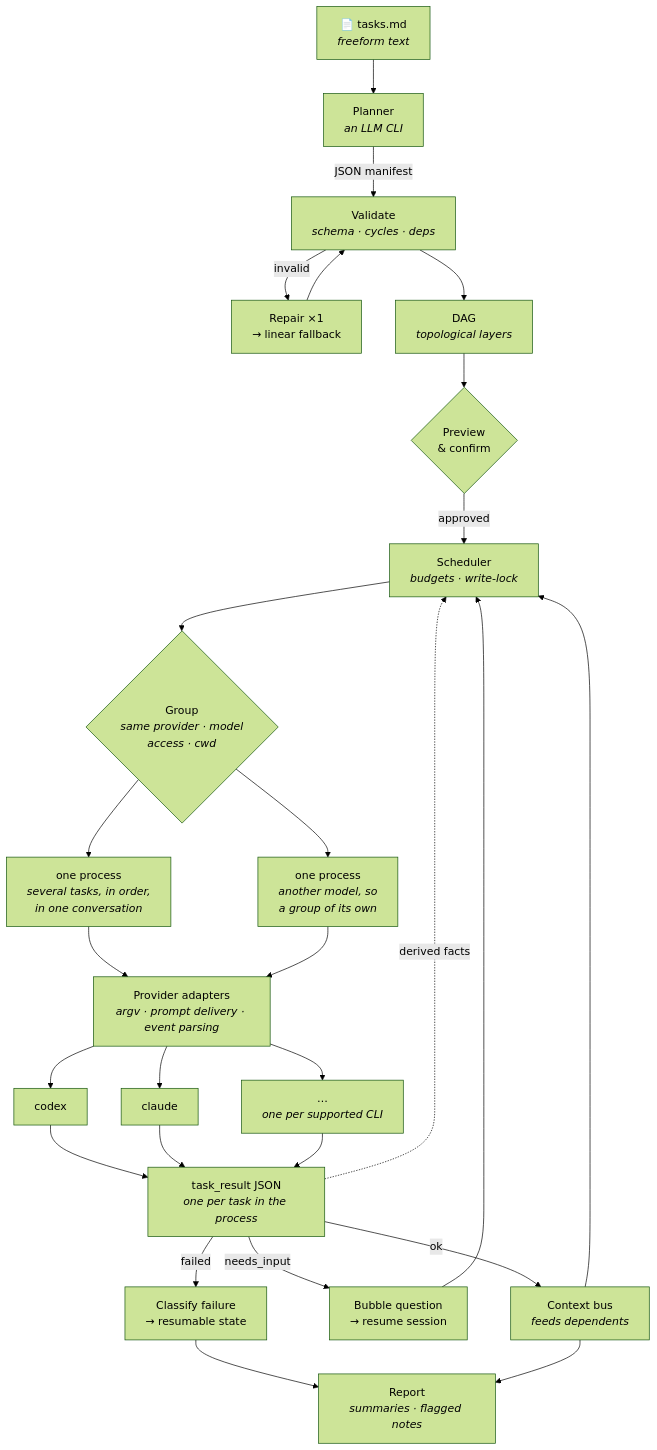
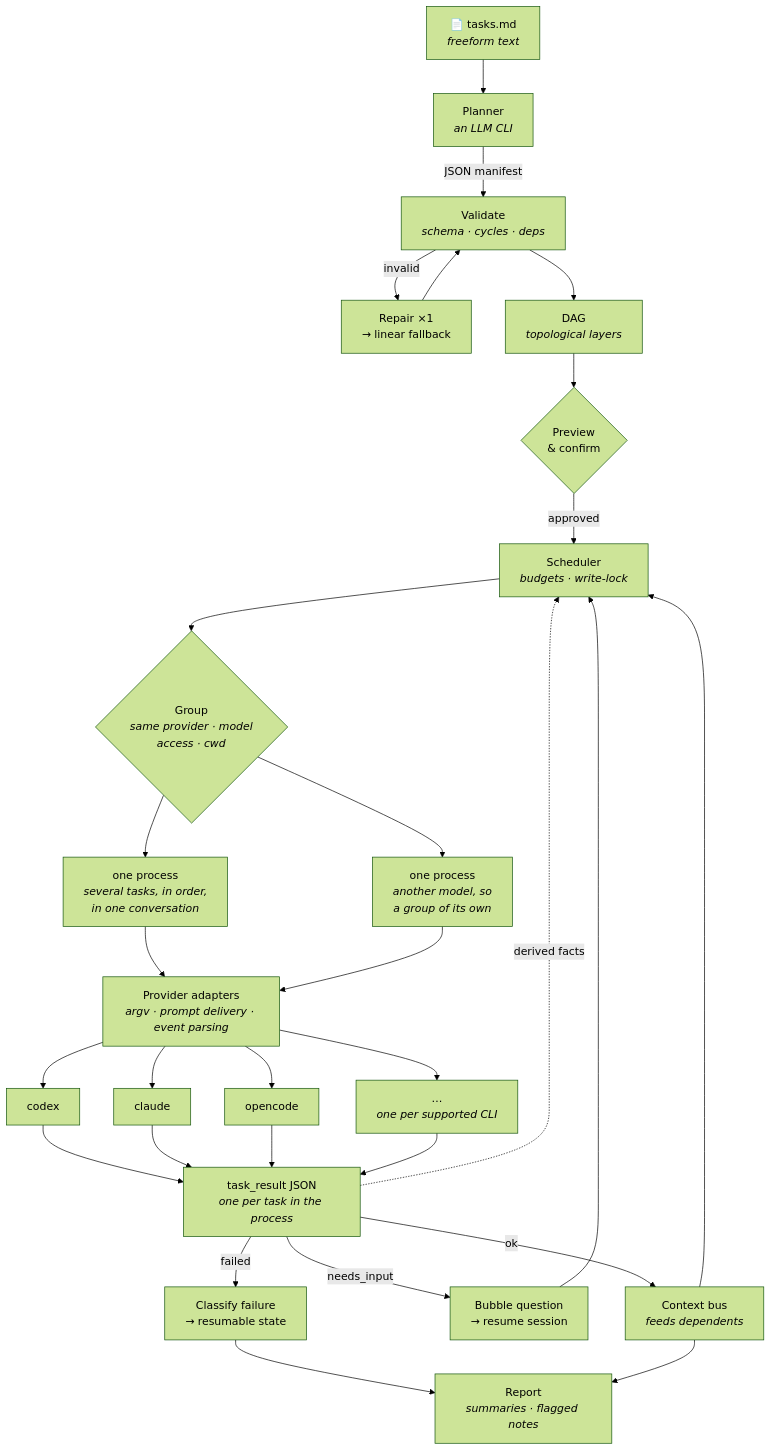
The diagram in README.md (juliomatcom/baya-cli), drawn with Mermaid (forest theme) before and after one commit.

Commit message:
docs(readme): keep opencode in the diagram's provider fan
Trimming it out with copilot lost the only open-source CLI on show. The fan is
now codex, claude, opencode and a generic node — one from each category rather
than the two most-verified, and still a fixed size as more providers land.

````diff
--- a/README.md
+++ b/README.md
@@ -136,36 +136,38 @@
 ```mermaid
 flowchart TB
     MD["📄 tasks.md<br/><i>freeform text</i>"] --> P["Planner<br/><i>an LLM CLI</i>"]
     P -->|JSON manifest| V["Validate<br/><i>schema · cycles · deps</i>"]
     V -->|invalid| R["Repair ×1<br/>→ linear fallback"]
     R --> V
     V --> G["DAG<br/><i>topological layers</i>"]
     G --> GATE{"Preview<br/>& confirm"}
     GATE -->|approved| S["Scheduler<br/><i>budgets · write-lock</i>"]
 
     S --> GRP{"Group<br/><i>same provider · model<br/>access · cwd</i>"}
 
     GRP --> P1["one process<br/><i>several tasks, in order,<br/>in one conversation</i>"]
     GRP --> P2["one process<br/><i>another model, so<br/>a group of its own</i>"]
 
     P1 --> AD["Provider adapters<br/><i>argv · prompt delivery · event parsing</i>"]
     P2 --> AD
 
     AD --> C1["codex"]
     AD --> C2["claude"]
+    AD --> C3["opencode"]
     AD --> CN["…<br/><i>one per supported CLI</i>"]
 
     C1 --> RES["task_result JSON<br/><i>one per task in the process</i>"]
     C2 --> RES
+    C3 --> RES
     CN --> RES
 
     RES -->|ok| BUS["Context bus<br/><i>feeds dependents</i>"]
     RES -->|needs_input| ASK["Bubble question<br/>→ resume session"]
     RES -->|failed| REC["Classify failure<br/>→ resumable state"]
 
     RES -.->|derived facts| S
     BUS --> S
     ASK --> S
     REC --> OUT["Report<br/><i>summaries · flagged notes</i>"]
     BUS --> OUT
 ```
````
